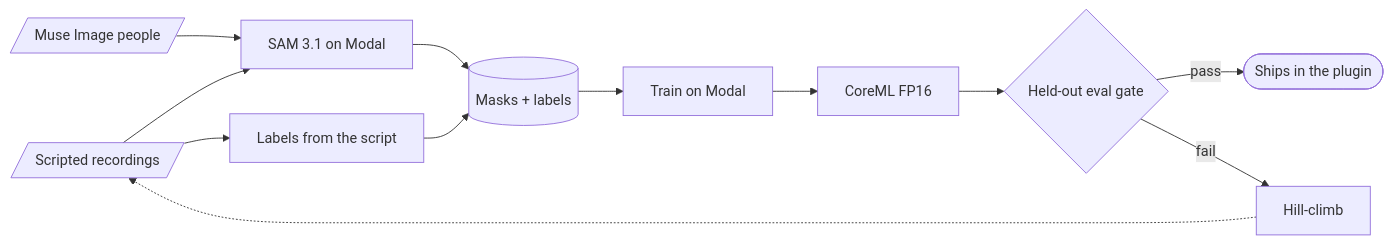
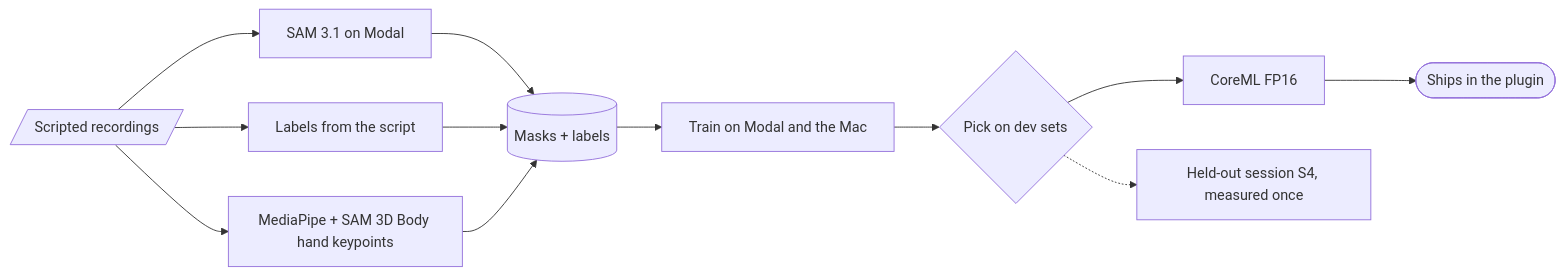
The third of 3 diagrams in README.md (smashburger-dev/synthexis), drawn with Mermaid before and after one commit. The commit also changed other lines of this file, not shown here.

Commit message:
README: student results, pipeline diagram and status after training

````diff
--- a/README.md
+++ b/README.md
@@ -79,9 +79,9 @@
 ```mermaid
 flowchart LR
     rec[/"Scripted recordings"/] --> samM["SAM 3.1 on Modal"] --> ds[("Masks + labels")]
     rec --> script["Labels from the script"] --> ds
-    img[/"Muse Image people"/] --> samM
-    ds --> train["Train on Modal"] --> coreml["CoreML FP16"] --> gate{"Held-out eval gate"}
-    gate -->|"pass"| plugin(["Ships in the plugin"])
-    gate -->|"fail"| climb["Hill-climb"] -.-> rec
+    rec --> kp["MediaPipe + SAM 3D Body hand keypoints"] --> ds
+    ds --> train["Train on Modal and the Mac"] --> pick{"Pick on dev sets"}
+    pick --> coreml["CoreML FP16"] --> plugin(["Ships in the plugin"])
+    pick -.-> s4["Held-out session S4, measured once"]
 ```
````
